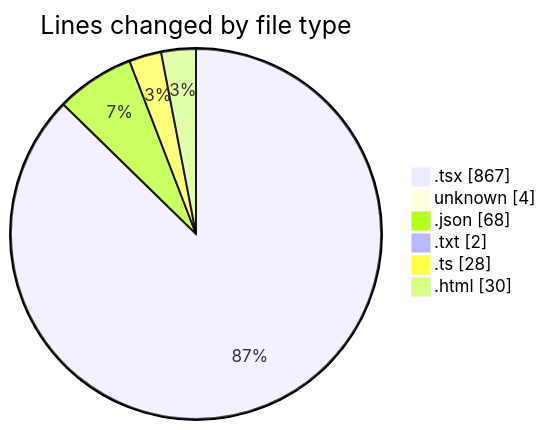
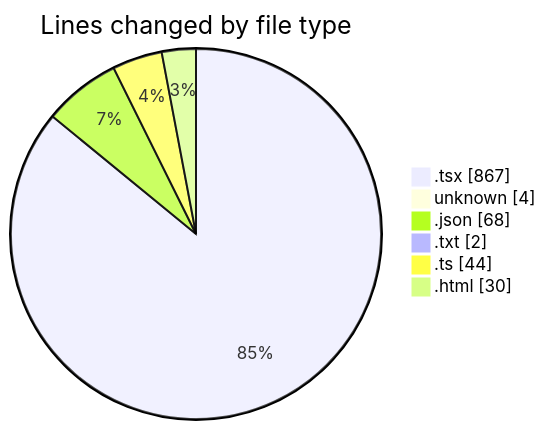
One commit to robertbonfada/code-tracking changed the first of 2 diagrams in 2025-02-27/audiobooks-web/README.md. Above: the diagram before and after it, drawn with Mermaid. The commit also changed other lines of this file and 1 other file, not shown here.

````diff
--- a/2025-02-27/audiobooks-web/README.md
+++ b/2025-02-27/audiobooks-web/README.md
@@ -31,10 +31,10 @@
 ```mermaid
 pie showData
 title Lines changed by file type
 ".tsx" : 867
 "unknown" : 4
 ".json" : 68
 ".txt" : 2
-".ts" : 28
+".ts" : 44
 ".html" : 30
 ```
````
